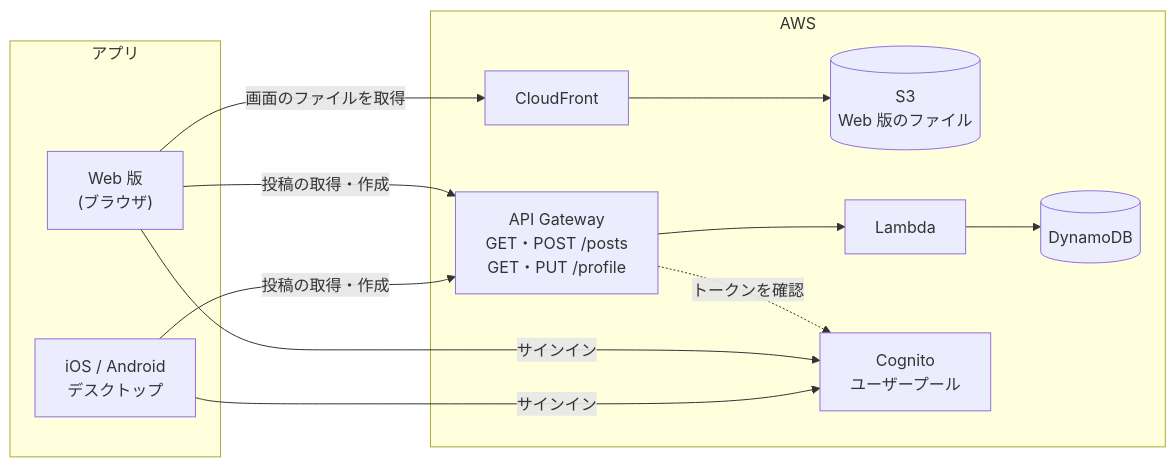
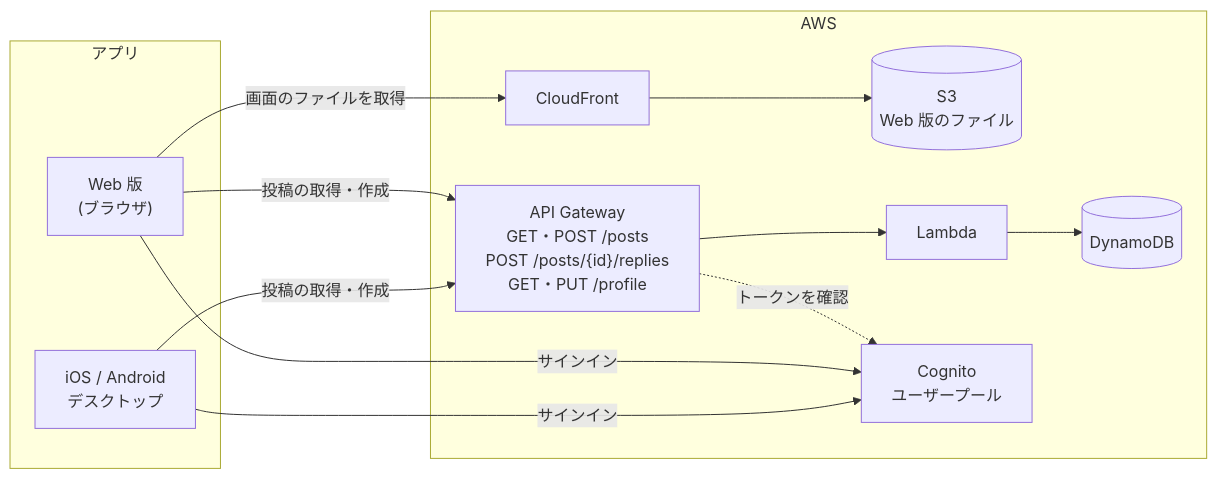
Before and after one commit to diapp0227/zero-chat: the diagram in README.md, drawn with Mermaid. The commit also changed other lines of this file and 7 other files, not shown here.

Commit message:
Add the reply API and take post authors from the profile

````diff
--- a/README.md
+++ b/README.md
@@ -51,20 +51,20 @@
 ```mermaid
 flowchart LR
     subgraph Clients[アプリ]
         Mobile["iOS / Android<br/>デスクトップ"]
         Browser["Web 版<br/>(ブラウザ)"]
     end
 
     subgraph AWS
         CF[CloudFront] --> S3[(S3<br/>Web 版のファイル)]
-        APIGW["API Gateway<br/>GET・POST /posts<br/>GET・PUT /profile"] --> Lambda[Lambda] --> DDB[(DynamoDB)]
+        APIGW["API Gateway<br/>GET・POST /posts<br/>POST /posts/{id}/replies<br/>GET・PUT /profile"] --> Lambda[Lambda] --> DDB[(DynamoDB)]
         Cognito[Cognito<br/>ユーザープール]
         APIGW -.->|トークンを確認| Cognito
     end
 
     Browser -->|画面のファイルを取得| CF
     Browser -->|投稿の取得・作成| APIGW
     Mobile -->|投稿の取得・作成| APIGW
     Browser -->|サインイン| Cognito
     Mobile -->|サインイン| Cognito
 ```
````
